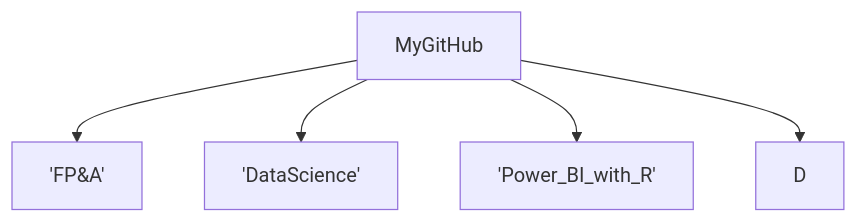
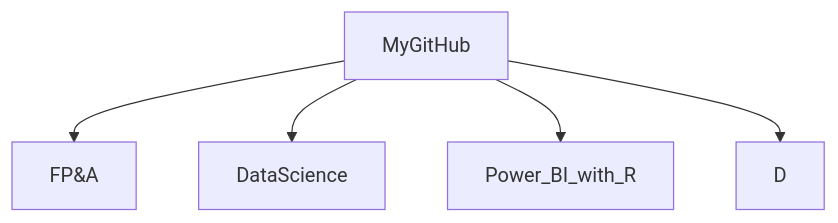
One commit to md3629/md3629 changed the diagram in README.md. Above: the diagram before and after it, drawn with Mermaid.

````diff
--- a/README.md
+++ b/README.md
@@ -9,7 +9,7 @@
 ```mermaid
 graph TD;
-    MyGitHub-->'FP&A';
-    MyGitHub-->'DataScience';
-    MyGitHub-->'Power_BI_with_R';
+    MyGitHub-->FP&A;
+    MyGitHub-->DataScience;
+    MyGitHub-->Power_BI_with_R;
     MyGitHub-->D;
 ```
````
